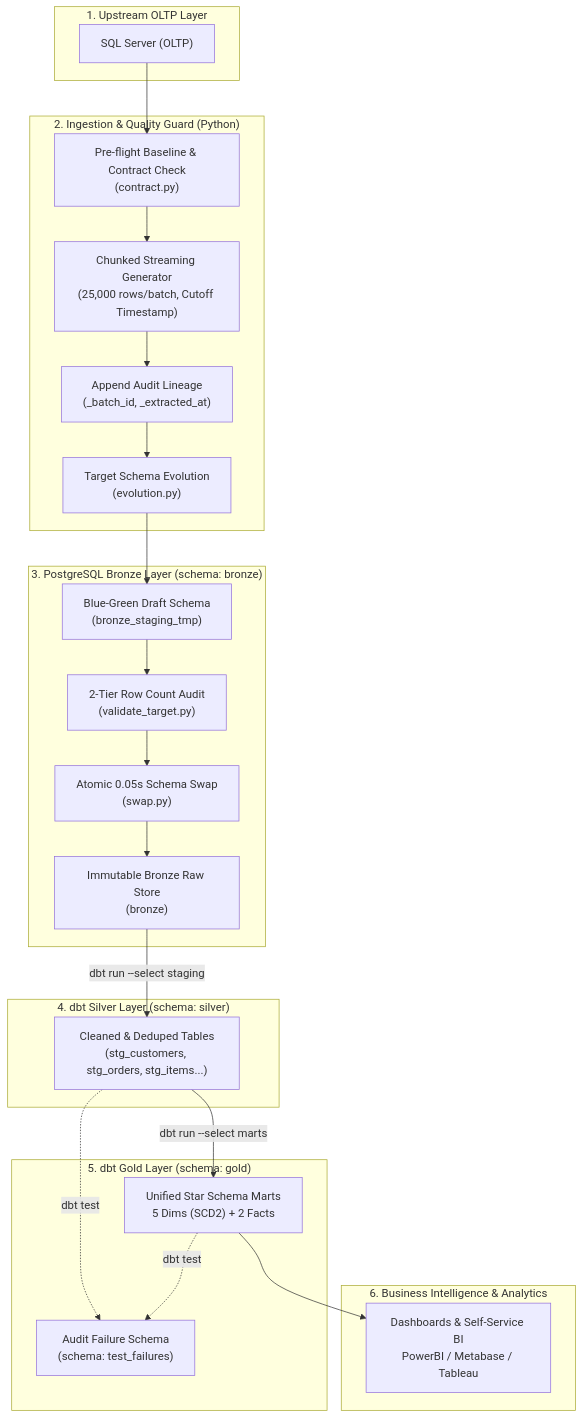
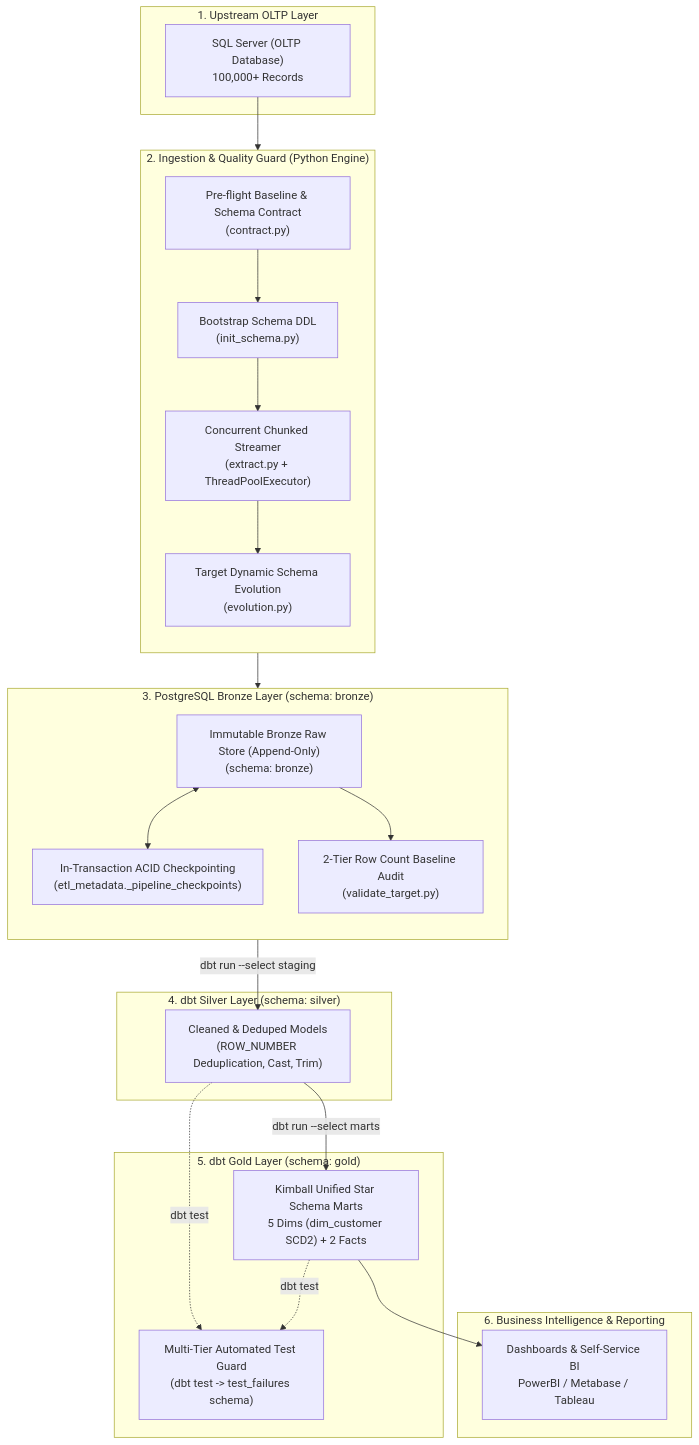
One commit to phamminhtoan318-max/etl_ecommerce_data changed the diagram in README.md. Above: the diagram before and after it, drawn with Mermaid. The commit also changed other lines of this file and 7 other files, not shown here.

Commit message:
refactor: transition bronze to append only and integrate sql server into docker compose

````diff
--- a/README.md
+++ b/README.md
@@ -115,46 +31,46 @@
 ```mermaid
 flowchart TD
     subgraph S1["1. Upstream OLTP Layer"]
-        SS["SQL Server (OLTP)"]
+        SS["SQL Server (OLTP Database)<br/>100,000+ Records"]
     end
 
-    subgraph S2["2. Ingestion & Quality Guard (Python)"]
-        BC["Pre-flight Baseline & Contract Check<br/>(contract.py)"]
-        EX["Chunked Streaming Generator<br/>(25,000 rows/batch, Cutoff Timestamp)"]
-        META["Append Audit Lineage<br/>(_batch_id, _extracted_at)"]
-        SE["Target Schema Evolution<br/>(evolution.py)"]
+    subgraph S2["2. Ingestion & Quality Guard (Python Engine)"]
+        direction TB
+        BC["Pre-flight Baseline & Schema Contract<br/>(contract.py)"]
+        INIT["Bootstrap Schema DDL<br/>(init_schema.py)"]
+        EX["Concurrent Chunked Streamer<br/>(extract.py + ThreadPoolExecutor)"]
+        EVO["Target Dynamic Schema Evolution<br/>(evolution.py)"]
         SS --> BC
-        BC --> EX
-        EX --> META
-        META --> SE
+        BC --> INIT
+        INIT --> EX
+        EX --> EVO
     end
 
     subgraph S3["3. PostgreSQL Bronze Layer (schema: bronze)"]
-        TMP["Blue-Green Draft Schema<br/>(bronze_staging_tmp)"]
-        AUD["2-Tier Row Count Audit<br/>(validate_target.py)"]
-        SWP["Atomic 0.05s Schema Swap<br/>(swap.py)"]
-        BRZ["Immutable Bronze Raw Store<br/>(bronze)"]
-        SE --> TMP
-        TMP --> AUD
-        AUD --> SWP
-        SWP --> BRZ
+        direction TB
+        BRZ["Immutable Bronze Raw Store (Append-Only)<br/>(schema: bronze)"]
+        CKP["In-Transaction ACID Checkpointing<br/>(etl_metadata._pipeline_checkpoints)"]
+        AUD["2-Tier Row Count Baseline Audit<br/>(validate_target.py)"]
+        EVO --> BRZ
+        BRZ <--> CKP
+        BRZ --> AUD
     end
 
     subgraph S4["4. dbt Silver Layer (schema: silver)"]
-        STG["Cleaned & Deduped Tables<br/>(stg_customers, stg_orders, stg_items...)"]
-        BRZ -->|"dbt run --select staging"| STG
+        STG["Cleaned & Deduped Models<br/>(ROW_NUMBER Deduplication, Cast, Trim)"]
+        AUD -->|"dbt run --select staging"| STG
     end
 
     subgraph S5["5. dbt Gold Layer (schema: gold)"]
-        GOLD["Unified Star Schema Marts<br/>5 Dims (SCD2) + 2 Facts"]
-        TST["Audit Failure Schema<br/>(schema: test_failures)"]
+        GOLD["Kimball Unified Star Schema Marts<br/>5 Dims (dim_customer SCD2) + 2 Facts"]
+        TST["Multi-Tier Automated Test Guard<br/>(dbt test -> test_failures schema)"]
         STG -->|"dbt run --select marts"| GOLD
         STG -.->|"dbt test"| TST
         GOLD -.->|"dbt test"| TST
     end
 
-    subgraph S6["6. Business Intelligence & Analytics"]
+    subgraph S6["6. Business Intelligence & Reporting"]
         BI["Dashboards & Self-Service BI<br/>PowerBI / Metabase / Tableau"]
         GOLD --> BI
     end
 ```
````
